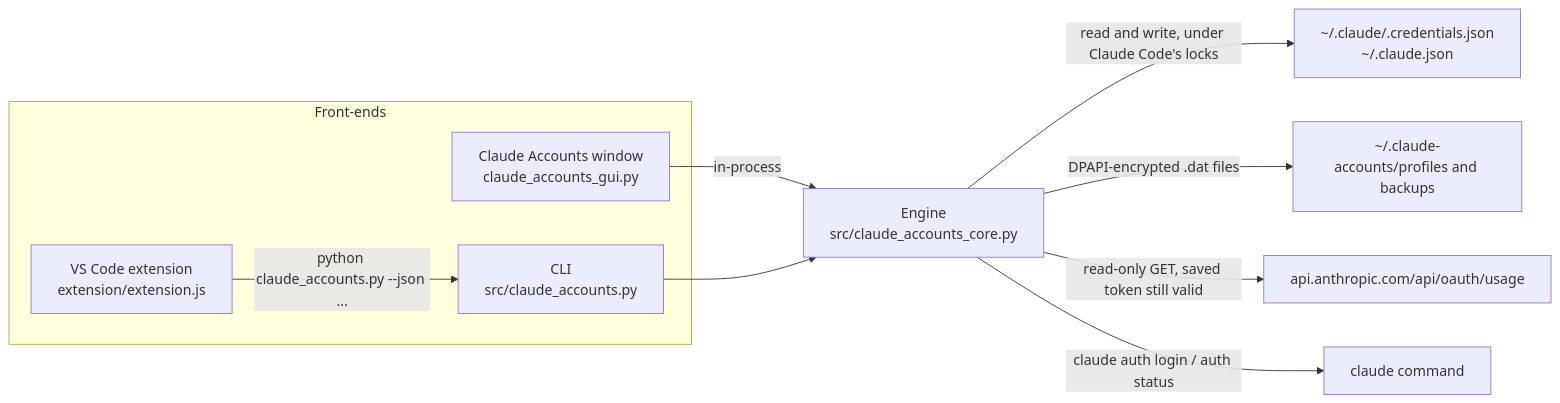
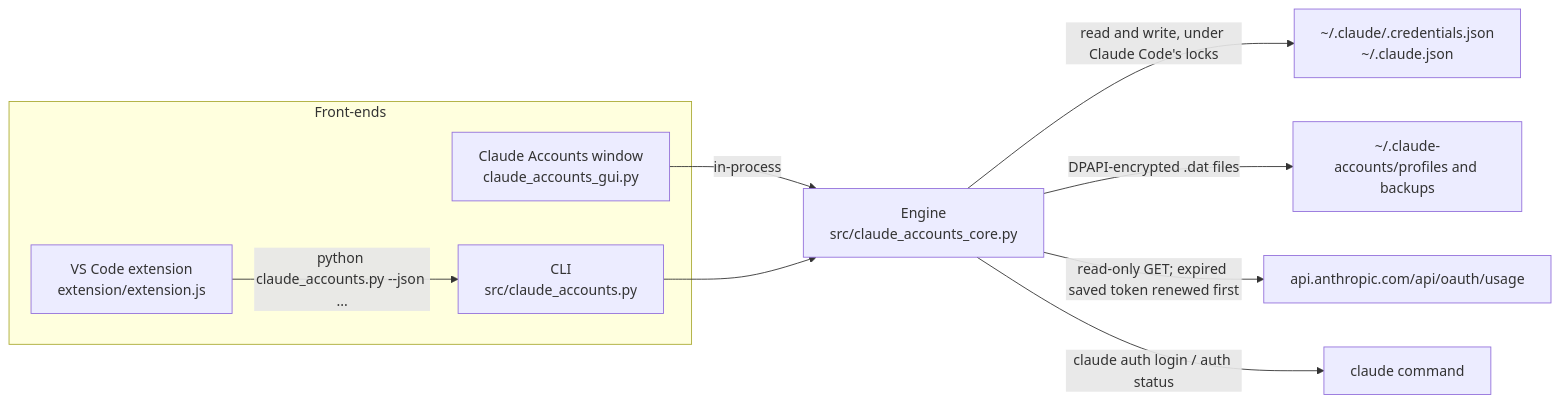
The diagram in docs/ARCHITECTURE.md (MHJoy99/CCSwitcherX), drawn with Mermaid before and after one commit. The commit also changed other lines of this file and 12 other files, not shown here.

````diff
--- a/docs/ARCHITECTURE.md
+++ b/docs/ARCHITECTURE.md
@@ -11,16 +11,16 @@
 ```mermaid
 flowchart LR
   subgraph Front-ends
     GUI["Claude Accounts window<br/>claude_accounts_gui.py"]
     EXT["VS Code extension<br/>extension/extension.js"]
     CLI["CLI<br/>src/claude_accounts.py"]
   end
   CORE["Engine<br/>src/claude_accounts_core.py"]
   GUI -->|in-process| CORE
   EXT -->|"python claude_accounts.py --json ..."| CLI
   CLI --> CORE
   CORE -->|"read and write, under Claude Code's locks"| CC["~/.claude/.credentials.json<br/>~/.claude.json"]
   CORE -->|"DPAPI-encrypted .dat files"| STORE["~/.claude-accounts/profiles and backups"]
-  CORE -->|"read-only GET, saved token still valid"| API["api.anthropic.com/api/oauth/usage"]
+  CORE -->|"read-only GET; expired saved token renewed first"| API["api.anthropic.com/api/oauth/usage"]
   CORE -->|"claude auth login / auth status"| CLAUDE["claude command"]
 ```
````
